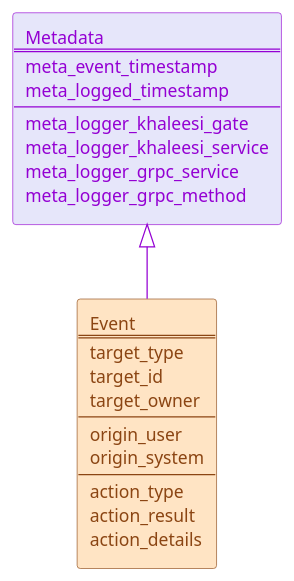
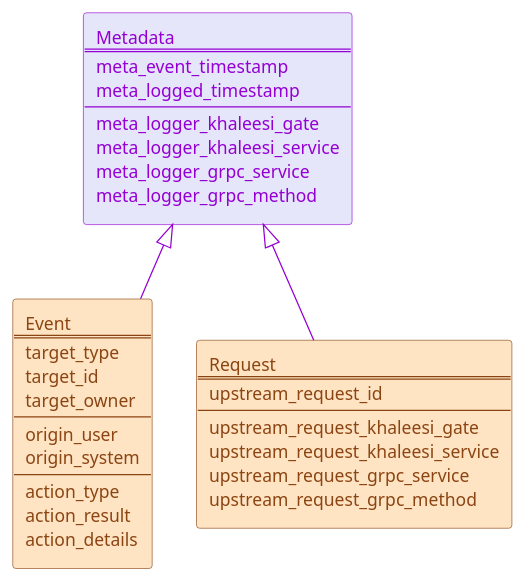
The diagram in documentation/images/logical-structure/core-sawmill.puml (LanDinh/khaleesi-ninja), drawn with PlantUML before and after one commit. The commit also changed 13 other files, not shown here.

```diff
--- a/documentation/images/logical-structure/core-sawmill.puml
+++ b/documentation/images/logical-structure/core-sawmill.puml
@@ -1,46 +1,58 @@
 @startuml
 ' ********************************************* STYLE **********************************************
 <style>
 agent {
   BackgroundColor lavender
   LineColor darkviolet
   FontColor darkviolet
 }
 rectangle {
   BackgroundColor bisque
   LineColor saddlebrown
   FontColor saddlebrown
 }
 </style>
 
 ' ******************************************** OBJECTS *********************************************
 agent metadata[
   Metadata
   ====
   meta_event_timestamp
   meta_logged_timestamp
   ----
   meta_logger_khaleesi_gate
   meta_logger_khaleesi_service
   meta_logger_grpc_service
   meta_logger_grpc_method
 ]
+
 rectangle event [
   Event
   ====
   target_type
   target_id
   target_owner
   ----
   origin_user
   origin_system
   ----
   action_type
   action_result
   action_details
 ]
+rectangle request [
+  Request
+  ====
+  upstream_request_id
+  ----
+  upstream_request_khaleesi_gate
+  upstream_request_khaleesi_service
+  upstream_request_grpc_service
+  upstream_request_grpc_method
+]
 
 ' ******************************************* RELATIONS ********************************************
 metadata ^-- event #darkviolet;text:darkviolet
+metadata ^-- request #darkviolet;text:darkviolet
 
 @enduml
```
